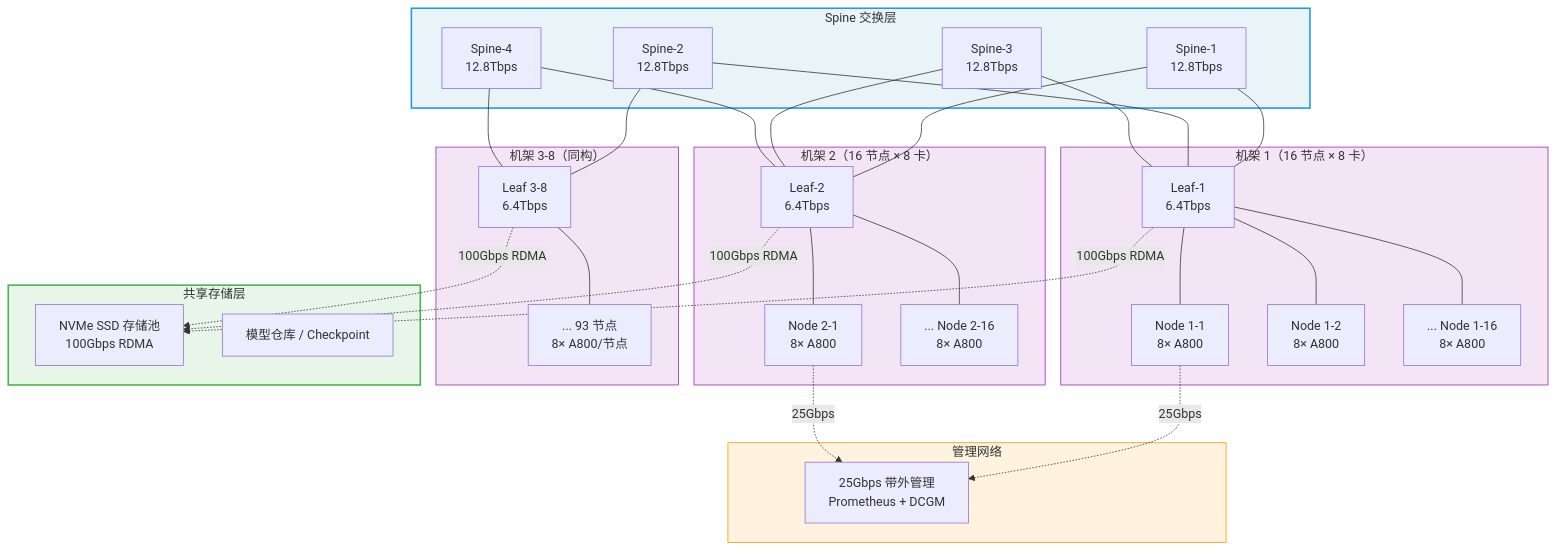
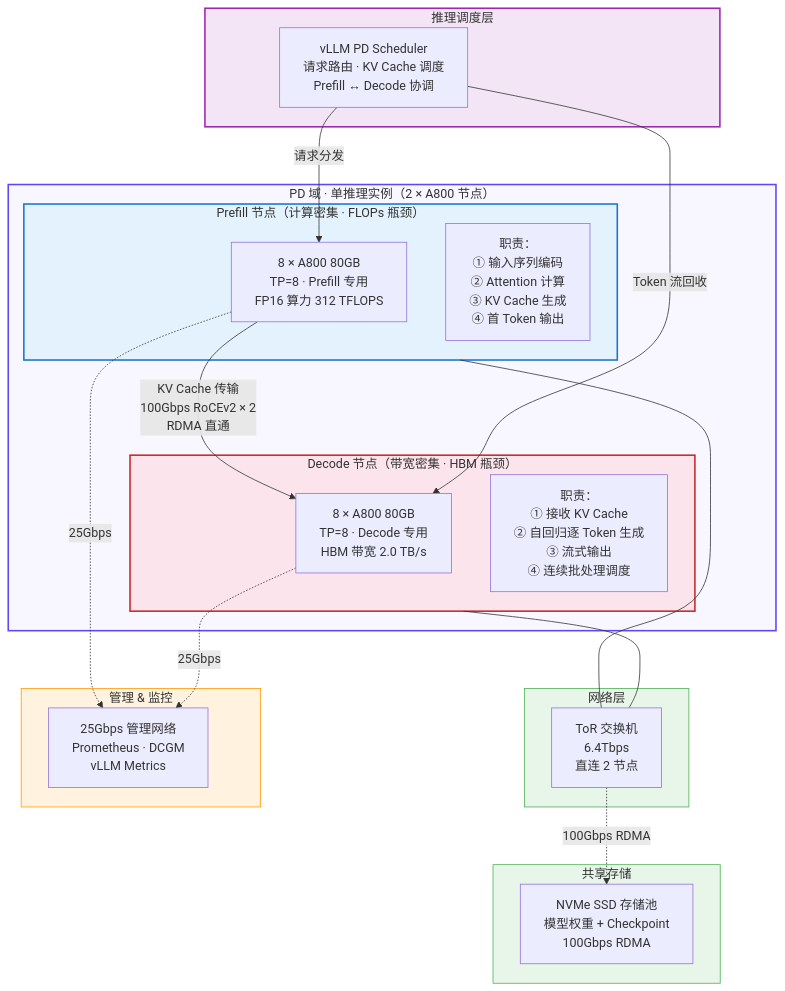
One commit to hanjoycai/42Vector-obsidian changed the first of 2 diagrams in AaaS 验证平台/AaaS指标报告模板.md. Above: the diagram before and after it, drawn with Mermaid. The commit also changed other lines of this file and 9 other files, not shown here.

````diff
--- a/AaaS 验证平台/AaaS指标报告模板.md
+++ b/AaaS 验证平台/AaaS指标报告模板.md
@@ -99,65 +100,50 @@
 ```mermaid
 graph TB
-    subgraph Spine["Spine 交换层"]
-        S1["Spine-1<br/>12.8Tbps"]
-        S2["Spine-2<br/>12.8Tbps"]
-        S3["Spine-3<br/>12.8Tbps"]
-        S4["Spine-4<br/>12.8Tbps"]
+    subgraph PD_Instance["PD 域 · 单推理实例（2 × A800 节点）"]
+
+        subgraph Prefill_Node["Prefill 节点（计算密集 · FLOPs 瓶颈）"]
+            P_GPU["8 × A800 80GB<br/>TP=8 · Prefill 专用<br/>FP16 算力 312 TFLOPS"]
+            P_DESC["职责：<br/>① 输入序列编码<br/>② Attention 计算<br/>③ KV Cache 生成<br/>④ 首 Token 输出"]
+        end
+
+        subgraph Decode_Node["Decode 节点（带宽密集 · HBM 瓶颈）"]
+            D_GPU["8 × A800 80GB<br/>TP=8 · Decode 专用<br/>HBM 带宽 2.0 TB/s"]
+            D_DESC["职责：<br/>① 接收 KV Cache<br/>② 自回归逐 Token 生成<br/>③ 流式输出<br/>④ 连续批处理调度"]
+        end
+
+        P_GPU -->|"KV Cache 传输<br/>100Gbps RoCEv2 × 2<br/>RDMA 直通"| D_GPU
+
     end
 
-    subgraph Rack1["机架 1（16 节点 × 8 卡）"]
-        L1["Leaf-1<br/>6.4Tbps"]
-        N1_1["Node 1-1<br/>8× A800"]
-        N1_2["Node 1-2<br/>8× A800"]
-        N1_n["... Node 1-16<br/>8× A800"]
-        L1 --- N1_1
-        L1 --- N1_2
-        L1 --- N1_n
+    subgraph Network["网络层"]
+        TOR["ToR 交换机<br/>6.4Tbps<br/>直连 2 节点"]
     end
 
-    subgraph Rack2["机架 2（16 节点 × 8 卡）"]
-        L2["Leaf-2<br/>6.4Tbps"]
-        N2_1["Node 2-1<br/>8× A800"]
-        N2_n["... Node 2-16<br/>8× A800"]
-        L2 --- N2_1
-        L2 --- N2_n
+    subgraph Storage["共享存储"]
+        SSD["NVMe SSD 存储池<br/>模型权重 + Checkpoint<br/>100Gbps RDMA"]
     end
 
-    subgraph RackN["机架 3-8（同构）"]
-        L3["Leaf 3-8<br/>6.4Tbps"]
-        Nn["... 93 节点<br/>8× A800/节点"]
-        L3 --- Nn
+    subgraph Mgmt["管理 & 监控"]
+        MON["25Gbps 管理网络<br/>Prometheus · DCGM<br/>vLLM Metrics"]
     end
 
-    subgraph Storage["共享存储层"]
-        ST1["NVMe SSD 存储池<br/>100Gbps RDMA"]
-        ST2["模型仓库 / Checkpoint"]
+    subgraph Scheduler["推理调度层"]
+        SCHED["vLLM PD Scheduler<br/>请求路由 · KV Cache 调度<br/>Prefill ↔ Decode 协调"]
     end
 
-    subgraph Mgmt["管理网络"]
-        MG["25Gbps 带外管理<br/>Prometheus + DCGM"]
-    end
+    SCHED -->|"请求分发"| P_GPU
+    SCHED -->|"Token 流回收"| D_GPU
+    Prefill_Node --- TOR
+    Decode_Node --- TOR
+    TOR -.->|"100Gbps RDMA"| SSD
+    P_GPU -.->|"25Gbps"| MON
+    D_GPU -.->|"25Gbps"| MON
 
-    S1 --- L1
-    S2 --- L1
-    S1 --- L2
-    S3 --- L2
-    S2 --- L3
-    S4 --- L3
-    S3 --- L1
-    S4 --- L2
-
-    L1 -.->|100Gbps RDMA| ST1
-    L2 -.->|100Gbps RDMA| ST1
-    L3 -.->|100Gbps RDMA| ST1
-
-    N1_1 -.->|25Gbps| MG
-    N2_1 -.->|25Gbps| MG
-
-    style Spine fill:#e8f4f8,stroke:#2196F3,stroke-width:2px
-    style Rack1 fill:#f3e5f5,stroke:#9C27B0,stroke-width:1px
-    style Rack2 fill:#f3e5f5,stroke:#9C27B0,stroke-width:1px
-    style RackN fill:#f3e5f5,stroke:#9C27B0,stroke-width:1px
-    style Storage fill:#e8f5e9,stroke:#4CAF50,stroke-width:2px
+    style PD_Instance fill:#f8f6ff,stroke:#6245f6,stroke-width:2px
+    style Prefill_Node fill:#e3f2fd,stroke:#1976D2,stroke-width:2px
+    style Decode_Node fill:#fce4ec,stroke:#c62828,stroke-width:2px
+    style Network fill:#e8f5e9,stroke:#4CAF50,stroke-width:1px
+    style Storage fill:#e8f5e9,stroke:#4CAF50,stroke-width:1px
     style Mgmt fill:#fff3e0,stroke:#FF9800,stroke-width:1px
+    style Scheduler fill:#f3e5f5,stroke:#9C27B0,stroke-width:2px
 ```
````
